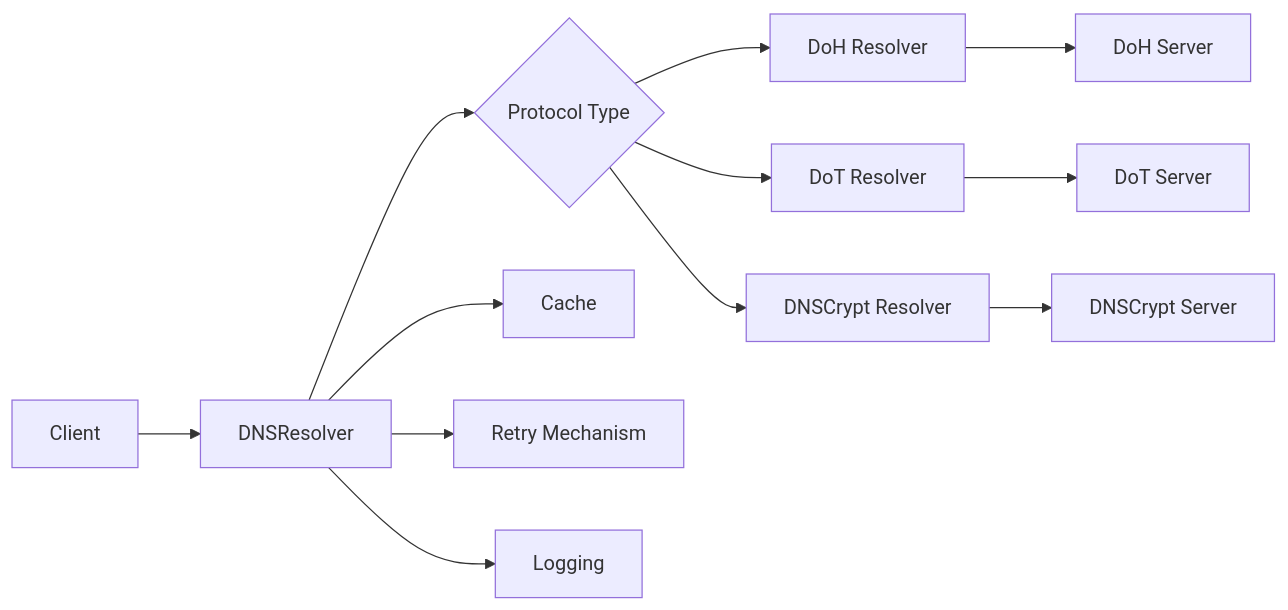
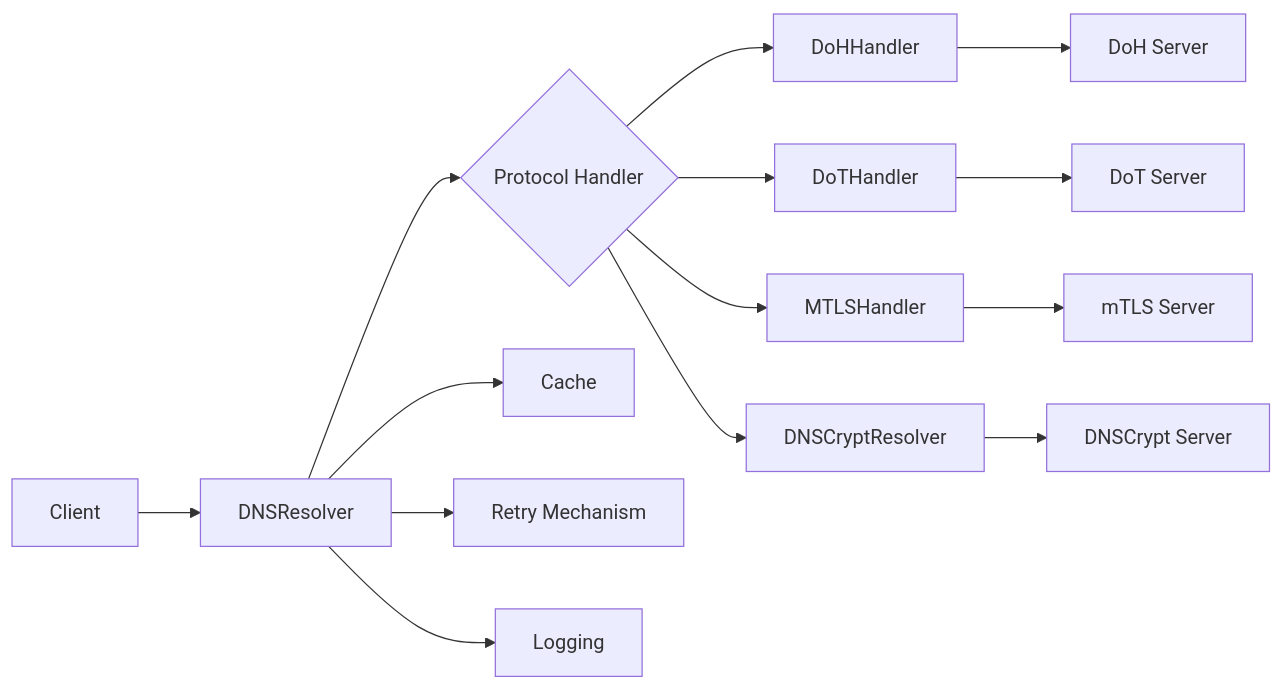
One commit to PrivyDNS/PrivyDNS changed the first of 3 diagrams in ARCHITECTURE.md. Above: the diagram before and after it, drawn with Mermaid. The commit also changed other lines of this file and 7 other files, not shown here.

First line of the commit message:
Refactor and extend DNS resolver with protocol-specific handlers

````diff
--- a/ARCHITECTURE.md
+++ b/ARCHITECTURE.md
@@ -7,14 +7,16 @@
 ```mermaid
 graph LR
   A[Client] --> B[DNSResolver]
-  B --> C{Protocol Type}
-  C --> D[DoH Resolver]
-  C --> E[DoT Resolver]
-  C --> F[DNSCrypt Resolver]
-  D --> G[DoH Server]
-  E --> H[DoT Server]
-  F --> I[DNSCrypt Server]
-  B --> J[Cache]
-  B --> K[Retry Mechanism]
-  B --> L[Logging]
+  B --> C{Protocol Handler}
+  C --> D[DoHHandler]
+  C --> E[DoTHandler]
+  C --> F[MTLSHandler]
+  C --> G[DNSCryptResolver]
+  D --> H[DoH Server]
+  E --> I[DoT Server]
+  F --> J[mTLS Server]
+  G --> K[DNSCrypt Server]
+  B --> L[Cache]
+  B --> M[Retry Mechanism]
+  B --> N[Logging]
 ```
````
